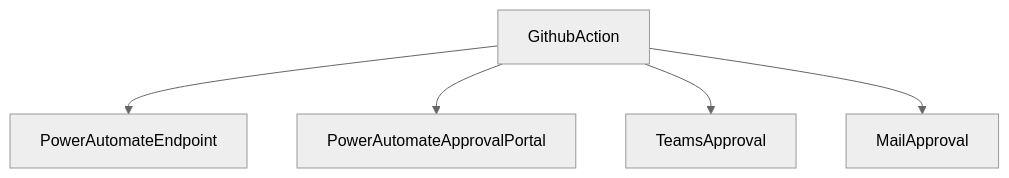
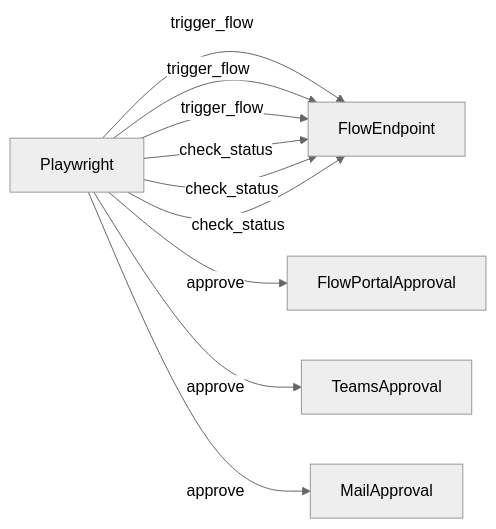
The diagram in README.md (jianxu42/E2E-Approval-Flow), drawn with Mermaid (neutral theme) before and after one commit. The commit also changed other lines of this file, not shown here.

````diff
--- a/README.md
+++ b/README.md
@@ -5,7 +6,12 @@
 ```mermaid
-graph TD;
-    GithubAction-->PowerAutomateEndpoint;
-    GithubAction-->PowerAutomateApprovalPortal;
-    GithubAction-->TeamsApproval;
-    GithubAction-->MailApproval;
+graph LR
+    GithubAction[Playwright]--trigger_flow-->FlowEndpoint;
+    GithubAction[Playwright]--approve-->FlowPortalApproval;
+    GithubAction[Playwright]--trigger_flow-->FlowEndpoint;
+    GithubAction[Playwright]--approve-->TeamsApproval;
+    GithubAction[Playwright]--trigger_flow-->FlowEndpoint;
+    GithubAction[Playwright]--approve-->MailApproval;
+    GithubAction[Playwright]--check_status-->FlowEndpoint;
+    GithubAction[Playwright]--check_status-->FlowEndpoint;
+    GithubAction[Playwright]--check_status-->FlowEndpoint;
 ```
````
